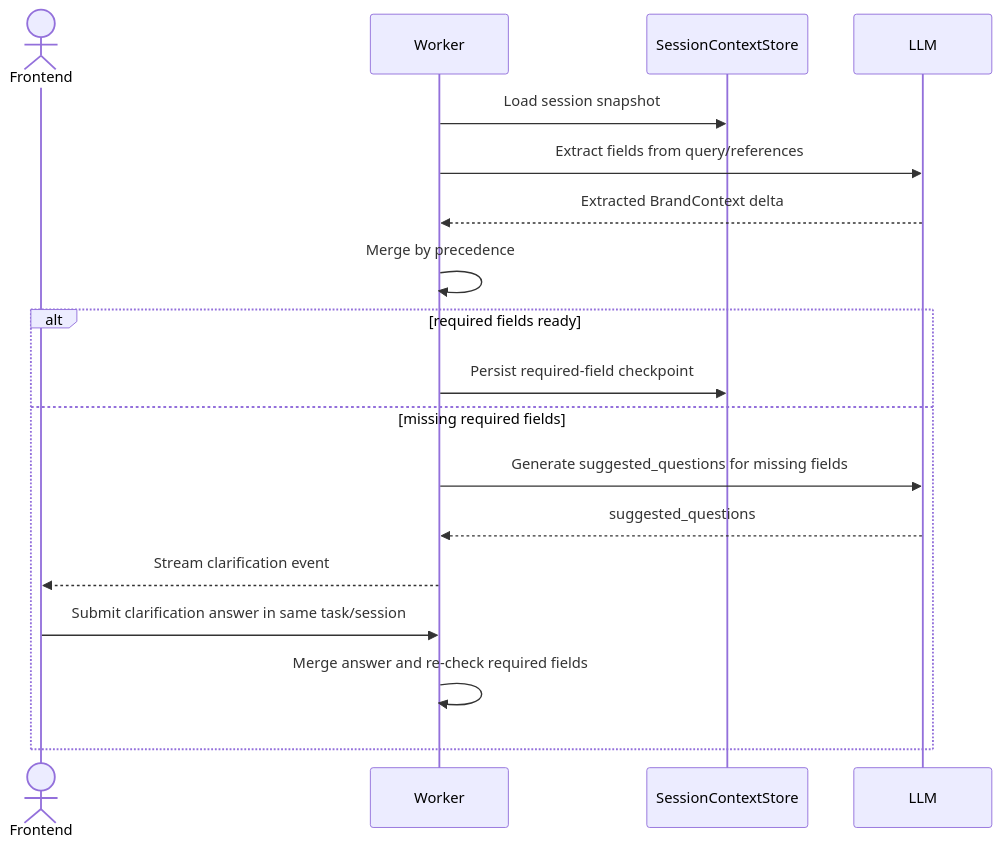
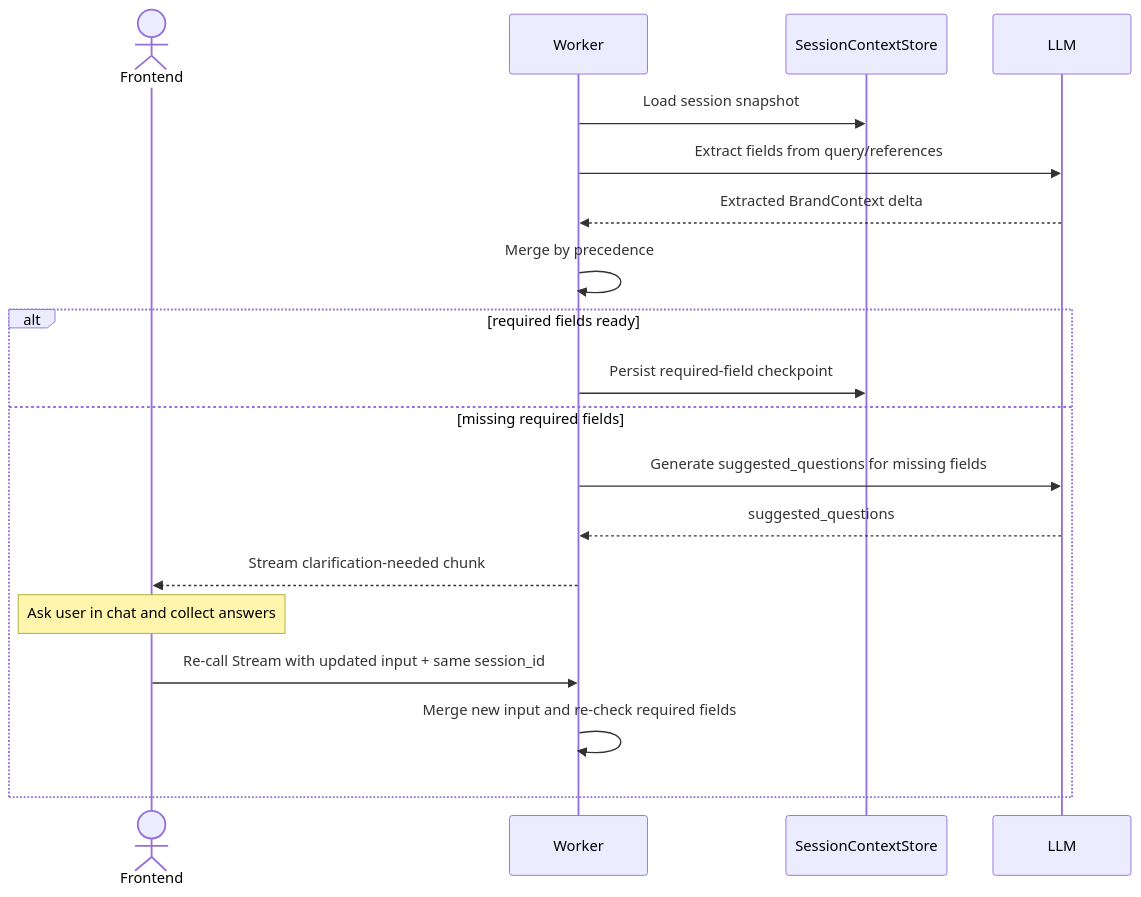
One commit to Ne4nf/Logo-design changed the fourth of 6 diagrams in specs/001-logo-design-agent/technical-design.md. Above: the diagram before and after it, drawn with Mermaid. The commit also changed other lines of this file, not shown here.

````diff
--- a/specs/001-logo-design-agent/technical-design.md
+++ b/specs/001-logo-design-agent/technical-design.md
@@ -274,22 +282,23 @@
 ```mermaid
 sequenceDiagram
   actor FE as Frontend
   participant W as Worker
   participant C as SessionContextStore
   participant L as LLM
 
   W->>C: Load session snapshot
   W->>L: Extract fields from query/references
   L-->>W: Extracted BrandContext delta
   W->>W: Merge by precedence
 
   alt required fields ready
     W->>C: Persist required-field checkpoint
   else missing required fields
     W->>L: Generate suggested_questions for missing fields
     L-->>W: suggested_questions
-    W-->>FE: Stream clarification event
-    FE->>W: Submit clarification answer in same task/session
-    W->>W: Merge answer and re-check required fields
+    W-->>FE: Stream clarification-needed chunk
+    Note over FE: Ask user in chat and collect answers
+    FE->>W: Re-call Stream with updated input + same session_id
+    W->>W: Merge new input and re-check required fields
   end
 ```
````
